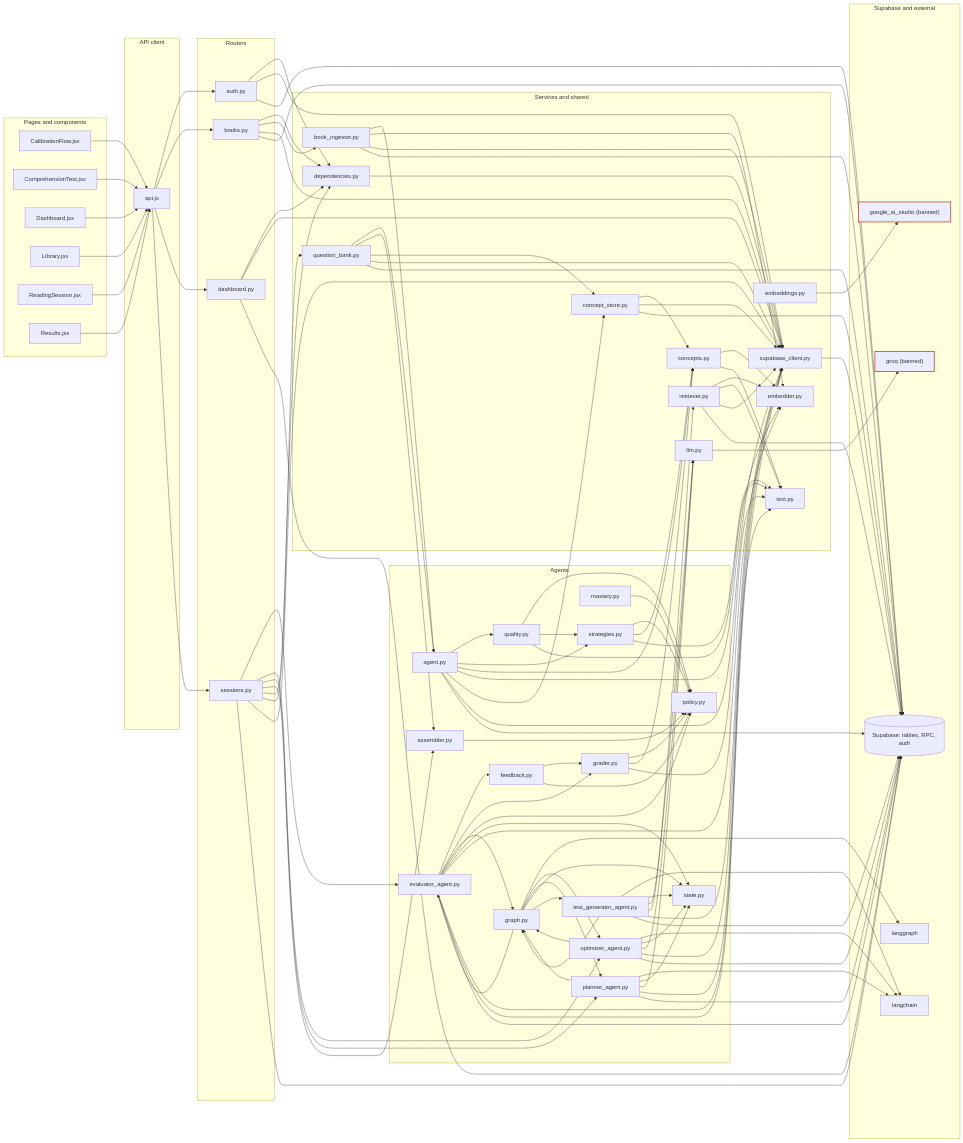
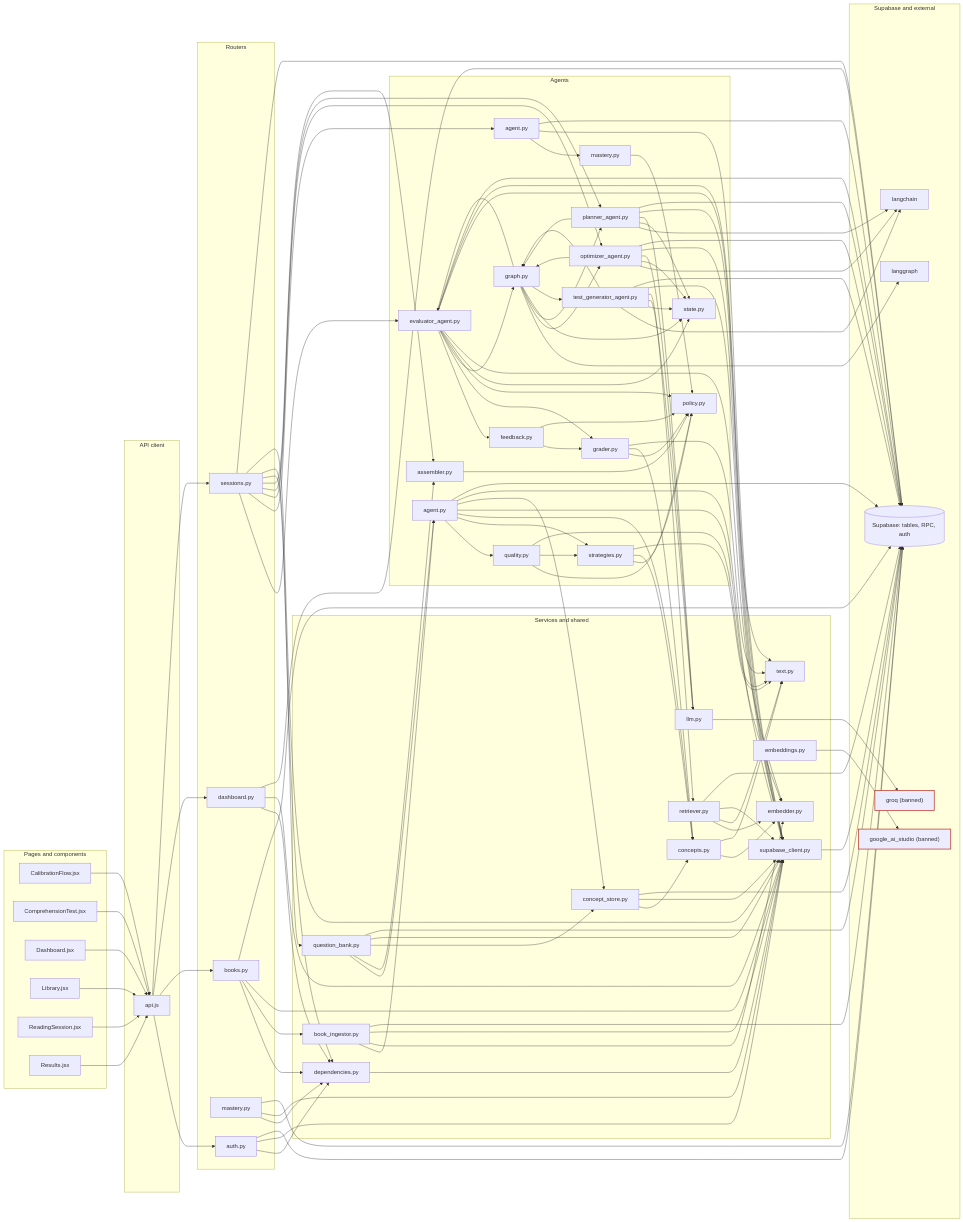
The first of 2 diagrams in docs/repo-graph/REPO_MAP.md (asparagusD/readfocus), drawn with Mermaid before and after one commit. The commit also changed other lines of this file and 12 other files, not shown here.

```diff
--- a/docs/repo-graph/REPO_MAP.md
+++ b/docs/repo-graph/REPO_MAP.md
@@ -27,6 +27,7 @@
     file_backend_routers_auth_py["auth.py"]
     file_backend_routers_books_py["books.py"]
     file_backend_routers_dashboard_py["dashboard.py"]
+    file_backend_routers_mastery_py["mastery.py"]
     file_backend_routers_sessions_py["sessions.py"]
   end
   subgraph agent["Agents"]
@@ -34,6 +35,7 @@
     file_backend_agents_evaluation_grader_py["grader.py"]
     file_backend_agents_evaluator_agent_py["evaluator_agent.py"]
     file_backend_agents_graph_py["graph.py"]
+    file_backend_agents_knowledge_state_agent_py["agent.py"]
     file_backend_agents_knowledge_state_mastery_py["mastery.py"]
     file_backend_agents_optimizer_agent_py["optimizer_agent.py"]
     file_backend_agents_planner_agent_py["planner_agent.py"]
@@ -85,6 +87,9 @@
   file_backend_agents_graph_py --> file_backend_agents_planner_agent_py
   file_backend_agents_graph_py --> file_backend_agents_state_py
   file_backend_agents_graph_py --> file_backend_agents_test_generator_agent_py
+  file_backend_agents_knowledge_state_agent_py --> file_backend_agents_knowledge_state_mastery_py
+  file_backend_agents_knowledge_state_agent_py --> file_backend_services_supabase_client_py
+  file_backend_agents_knowledge_state_agent_py --> supabase
   file_backend_agents_knowledge_state_mastery_py --> file_backend_agents_policy_py
   file_backend_agents_optimizer_agent_py --> external_langchain
   file_backend_agents_optimizer_agent_py --> file_backend_agents_graph_py
@@ -132,7 +137,11 @@
   file_backend_routers_dashboard_py --> file_backend_dependencies_py
   file_backend_routers_dashboard_py --> file_backend_services_supabase_client_py
   file_backend_routers_dashboard_py --> supabase
+  file_backend_routers_mastery_py --> file_backend_dependencies_py
+  file_backend_routers_mastery_py --> file_backend_services_supabase_client_py
+  file_backend_routers_mastery_py --> supabase
   file_backend_routers_sessions_py --> file_backend_agents_evaluator_agent_py
+  file_backend_routers_sessions_py --> file_backend_agents_knowledge_state_agent_py
   file_backend_routers_sessions_py --> file_backend_agents_optimizer_agent_py
   file_backend_routers_sessions_py --> file_backend_agents_planner_agent_py
   file_backend_routers_sessions_py --> file_backend_agents_question_generation_assembler_py
```
